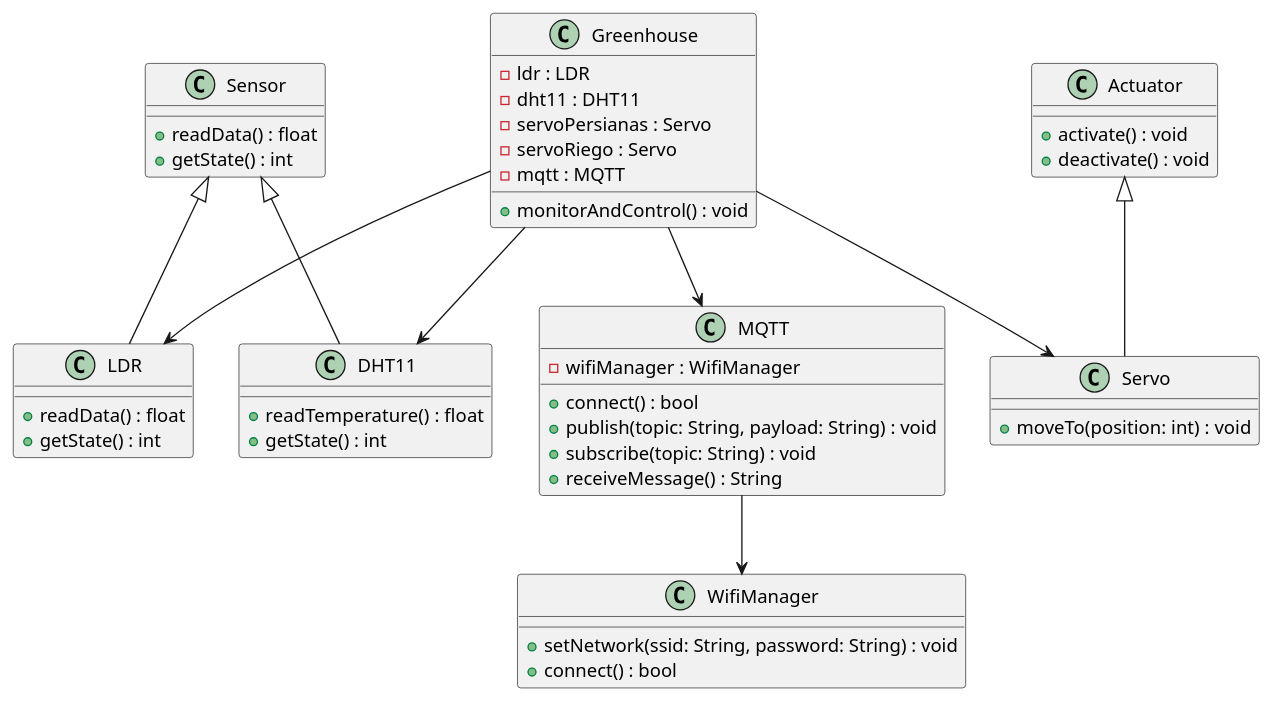
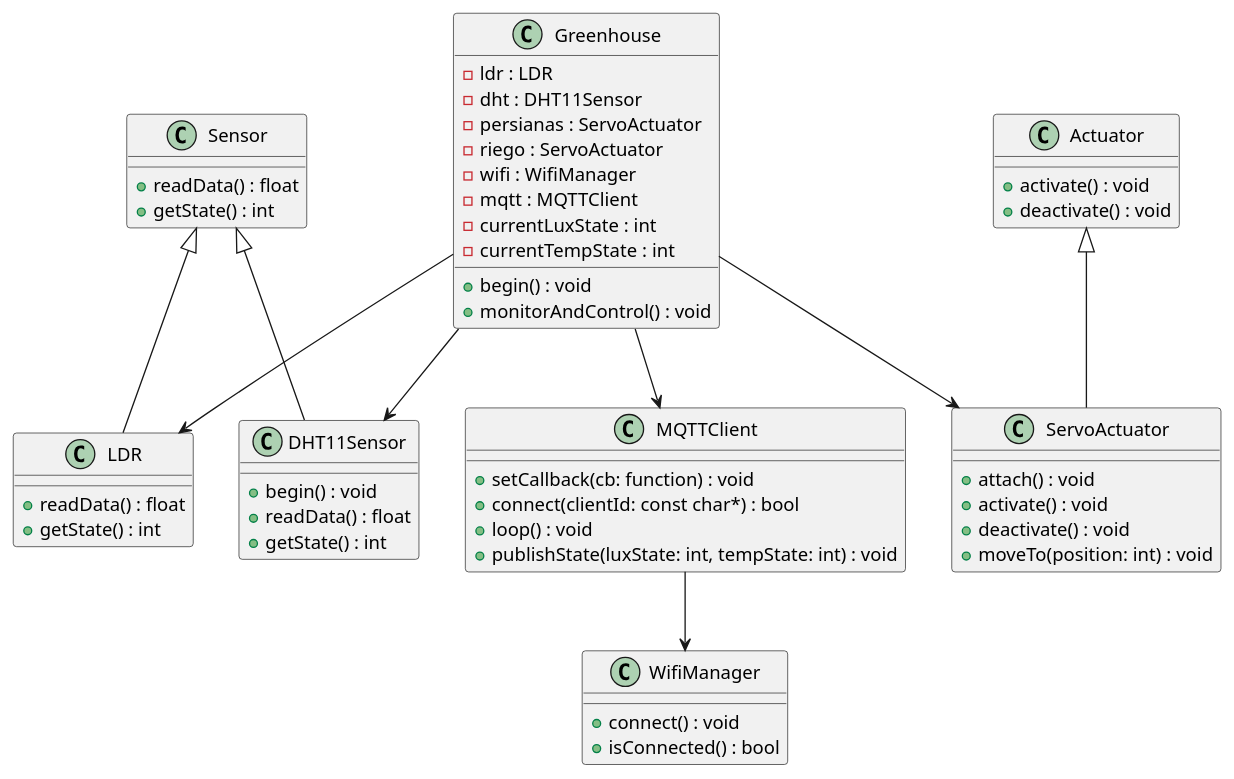
The diagram in diagrams/structure.puml (Focus0Wizard/greenhouse_project), drawn with PlantUML before and after one commit. The commit also changed 3 other files, not shown here.

Commit message:
change methods in code & diagram

```diff
--- a/diagrams/structure.puml
+++ b/diagrams/structure.puml
@@ -1,58 +1,66 @@
 @startuml
+
 class Greenhouse {
   -ldr : LDR
-  -dht11 : DHT11
-  -servoPersianas : Servo
-  -servoRiego : Servo
-  -mqtt : MQTT
+  -dht : DHT11Sensor
+  -persianas : ServoActuator
+  -riego : ServoActuator
+  -wifi : WifiManager
+  -mqtt : MQTTClient
+  -currentLuxState : int
+  -currentTempState : int
+  +begin() : void
   +monitorAndControl() : void
 }
 
 class Sensor {
   +readData() : float
   +getState() : int
 }
 
 class LDR {
   +readData() : float
   +getState() : int
 }
 
-class DHT11 {
-  +readTemperature() : float
+class DHT11Sensor {
+  +begin() : void
+  +readData() : float
   +getState() : int
 }
 
 class Actuator {
   +activate() : void
   +deactivate() : void
 }
 
-class Servo {
+class ServoActuator {
+  +attach() : void
+  +activate() : void
+  +deactivate() : void
   +moveTo(position: int) : void
 }
 
-class MQTT {
-  -wifiManager : WifiManager
-  +connect() : bool
-  +publish(topic: String, payload: String) : void
-  +subscribe(topic: String) : void
-  +receiveMessage() : String
+class WifiManager {
+  +connect() : void
+  +isConnected() : bool
 }
 
-class WifiManager {
-  +setNetwork(ssid: String, password: String) : void
-  +connect() : bool
+class MQTTClient {
+  +setCallback(cb: function) : void
+  +connect(clientId: const char*) : bool
+  +loop() : void
+  +publishState(luxState: int, tempState: int) : void
 }
 
 Sensor <|-- LDR
-Sensor <|-- DHT11
-Actuator <|-- Servo
+Sensor <|-- DHT11Sensor
+Actuator <|-- ServoActuator
 
 Greenhouse --> LDR
-Greenhouse --> DHT11
-Greenhouse --> Servo
-Greenhouse --> MQTT
+Greenhouse --> DHT11Sensor
+Greenhouse --> ServoActuator
+MQTTClient --> WifiManager
+Greenhouse --> MQTTClient
 
-MQTT --> WifiManager
 @enduml
```
